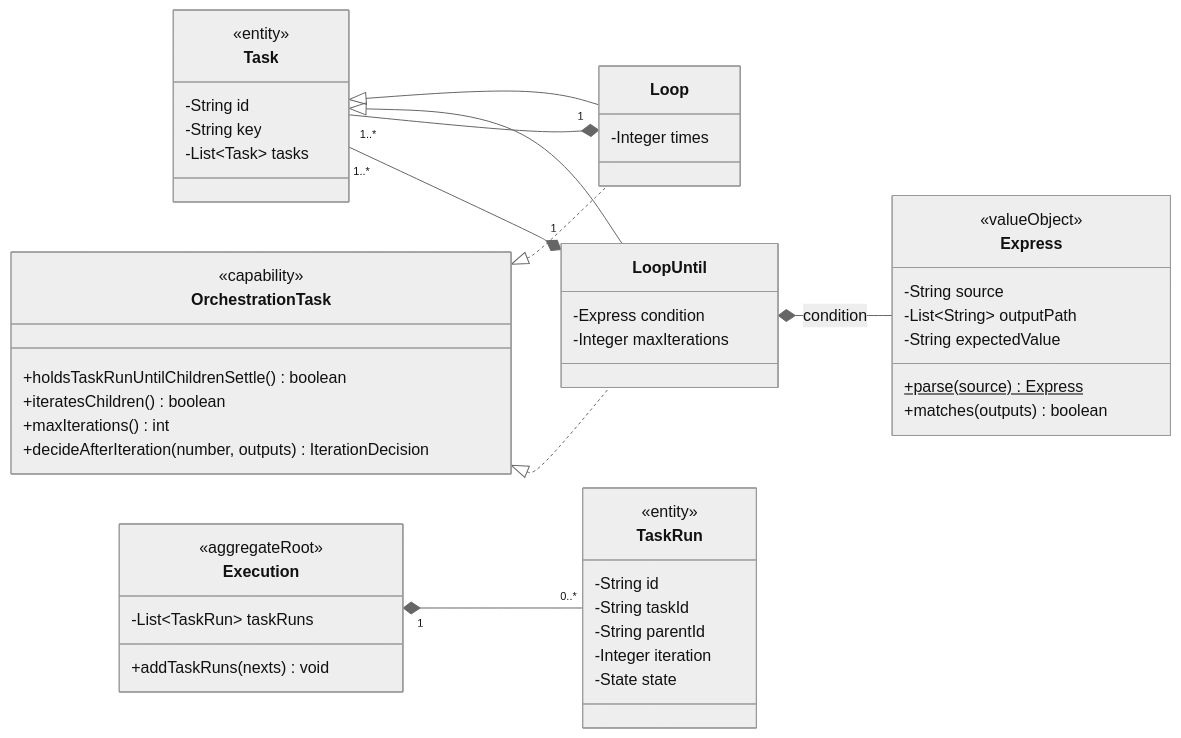
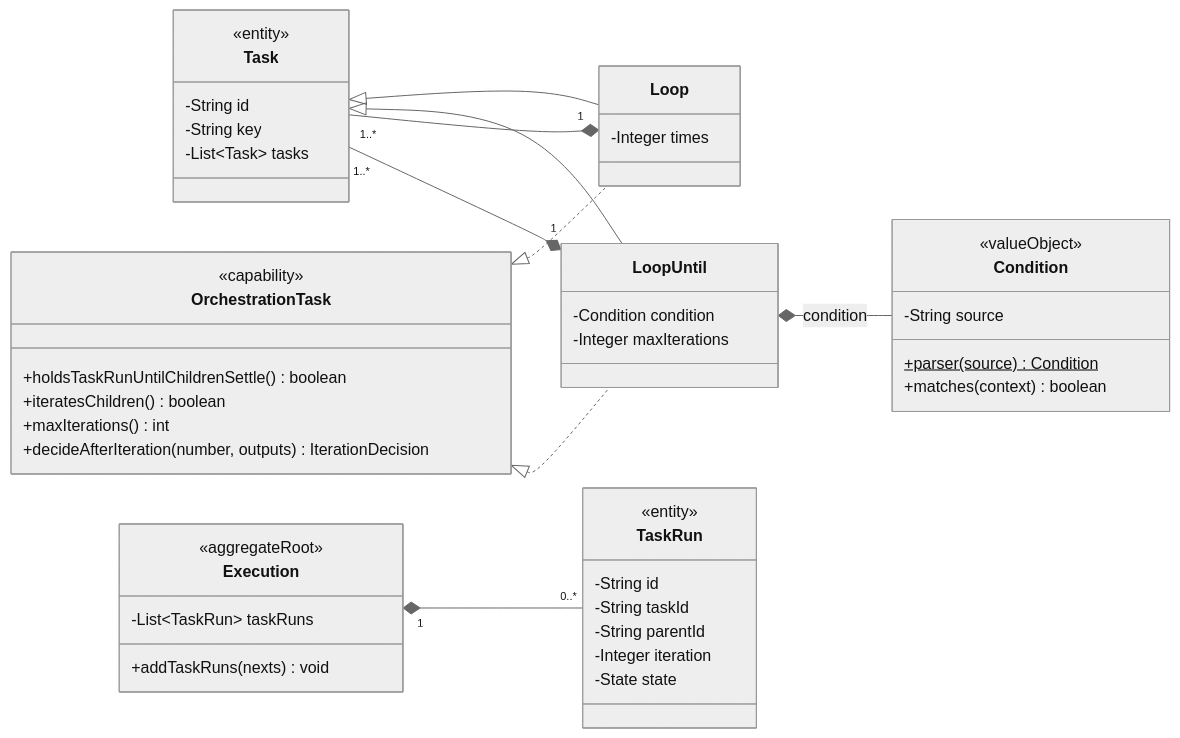
One commit to Eiddy5/flow changed the first of 3 diagrams in docs/decisions/0036-model-loop-and-loop-until-as-recoverable-orchestration-scopes.md. Above: the diagram before and after it, drawn with Mermaid (neutral theme). The commit also changed other lines of this file and 147 other files, not shown here.

````diff
--- a/docs/decisions/0036-model-loop-and-loop-until-as-recoverable-orchestration-scopes.md
+++ b/docs/decisions/0036-model-loop-and-loop-until-as-recoverable-orchestration-scopes.md
@@ -87,61 +87,59 @@
 ```mermaid
 classDiagram
 direction LR
 
 class Task {
     <<entity>>
     -String id
     -String key
     -List~Task~ tasks
 }
 
 class OrchestrationTask {
     <<capability>>
     +holdsTaskRunUntilChildrenSettle() boolean
     +iteratesChildren() boolean
     +maxIterations() int
     +decideAfterIteration(number, outputs) IterationDecision
 }
 
 class Loop {
     -Integer times
 }
 
 class LoopUntil {
-    -Express condition
+    -Condition condition
     -Integer maxIterations
 }
 
-class Express {
+class Condition {
     <<valueObject>>
     -String source
-    -List~String~ outputPath
-    -String expectedValue
-    +parse(source) Express$
-    +matches(outputs) boolean
+    +parser(source) Condition$
+    +matches(context) boolean
 }
 
 class Execution {
     <<aggregateRoot>>
     -List~TaskRun~ taskRuns
     +addTaskRuns(nexts) void
 }
 
 class TaskRun {
     <<entity>>
     -String id
     -String taskId
     -String parentId
     -Integer iteration
     -State state
 }
 
 Task <|-- Loop
 Task <|-- LoopUntil
 OrchestrationTask <|.. Loop
 OrchestrationTask <|.. LoopUntil
-LoopUntil *-- Express : condition
+LoopUntil *-- Condition : condition
 Execution "1" *-- "0..*" TaskRun
 Loop "1" *-- "1..*" Task
 LoopUntil "1" *-- "1..*" Task
 ```
````
